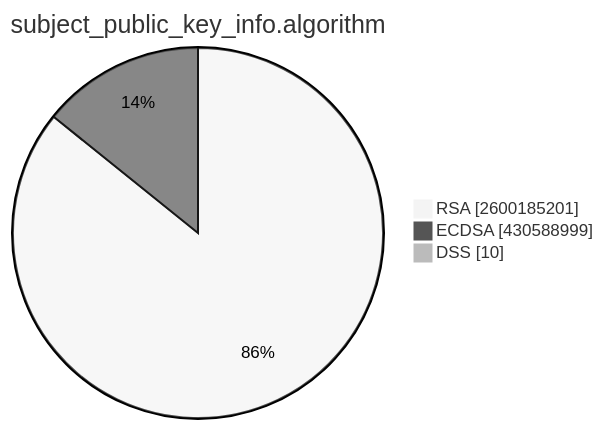
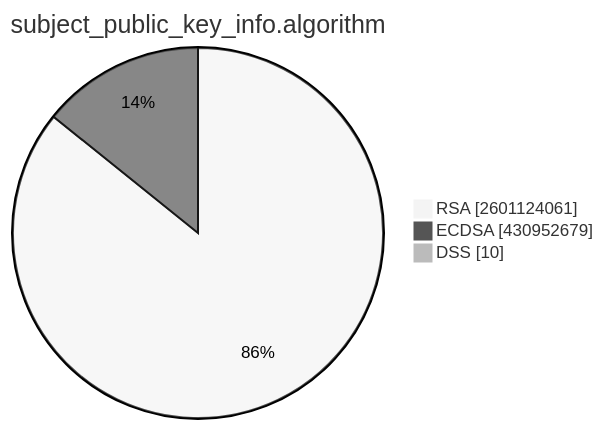
Before and after one commit to christiankrug/ctmonitor_visualization: the second of 15 diagrams in TOTAL/README.md, drawn with Mermaid (neutral theme). The commit also changed other lines of this file, not shown here.

````diff
--- a/TOTAL/README.md
+++ b/TOTAL/README.md
@@ -6,7 +6,7 @@
 ```mermaid
 pie showData
 title subject_public_key_info.algorithm
-"RSA" :2600185201
-"ECDSA" :430588999
+"RSA" :2601124061
+"ECDSA" :430952679
 "DSS" :10
 ```
````
